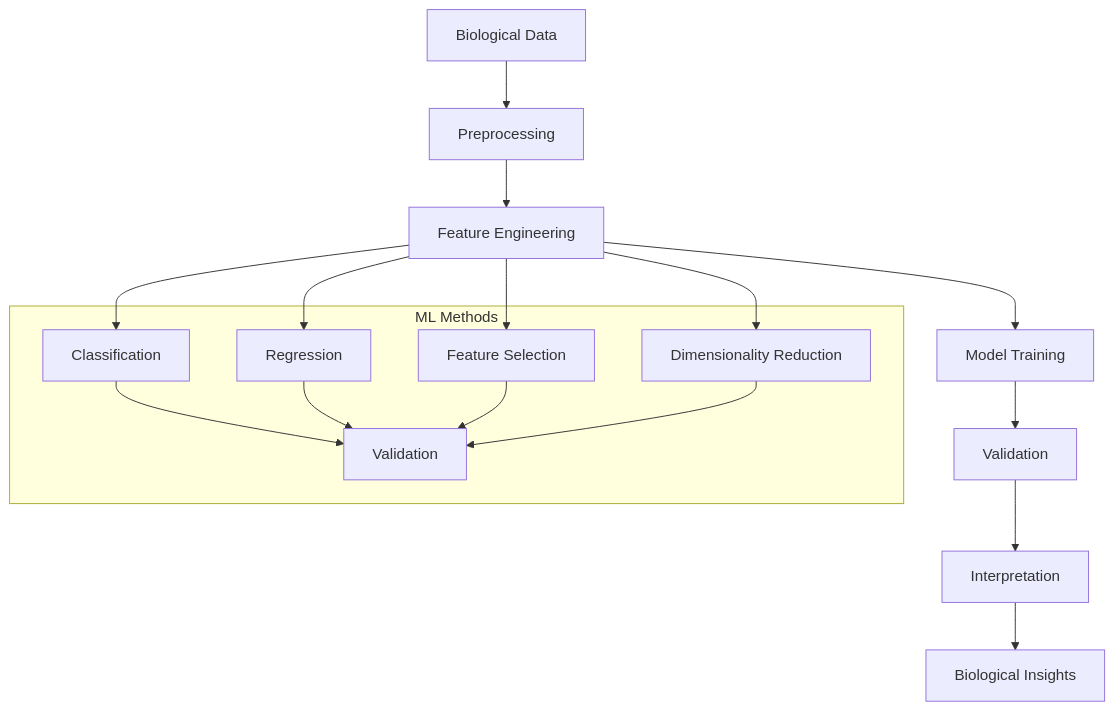
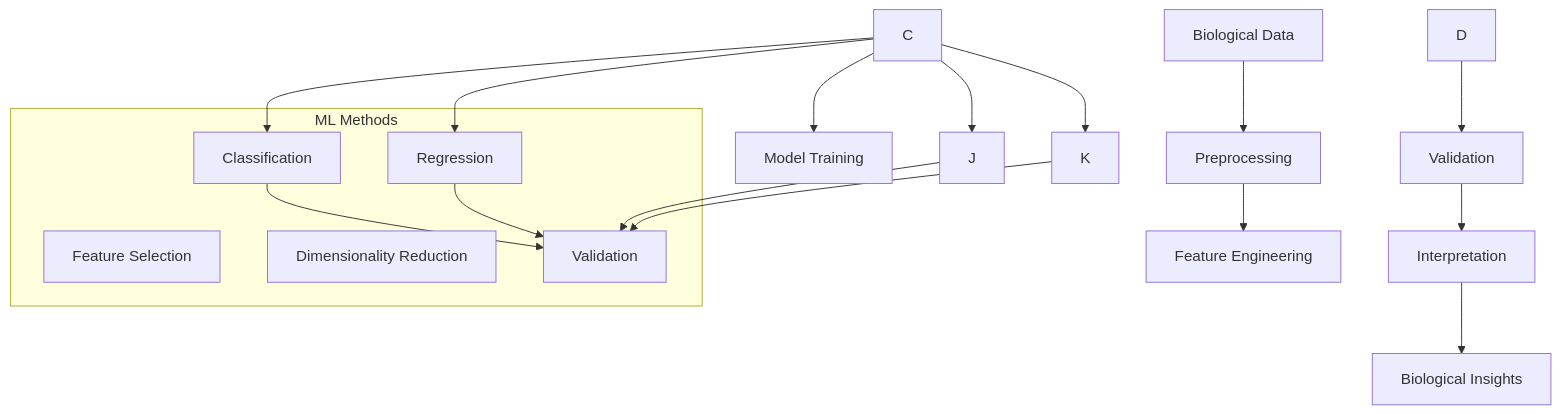
One commit to docxology/MetaInformAnt changed the diagram in docs/ml/index.md. Above: the diagram before and after it, drawn with Mermaid. The commit also changed other lines of this file and 611 other files, not shown here.

````diff
--- a/docs/ml/index.md
+++ b/docs/ml/index.md
@@ -53,26 +53,26 @@
 ```mermaid
 flowchart TD
-    A[Biological Data] --> B[Preprocessing]
-    B --> C[Feature Engineering]
-    C --> D[Model Training]
+    AbiologicalData[Biological Data] --> B[Preprocessing]
+    B --> CfeatureEngineering[Feature Engineering]
+    C --> DmodelTraining[Model Training]
     D --> E[Validation]
     E --> F[Interpretation]
-    F --> G[Biological Insights]
+    F --> GbiologicalInsights[Biological Insights]
 
-    subgraph Methods[ML Methods]
+    subgraph MethodsmlMethods[ML Methods]
         H[Classification]
         I[Regression]
-        J[Feature Selection]
-        K[Dimensionality Reduction]
+        JfeatureSelection[Feature Selection]
+        KdimensionalityReduction[Dimensionality Reduction]
         L[Validation]
     end
 
     C --> H
     C --> I
     C --> J
     C --> K
     H --> L
     I --> L
     J --> L
     K --> L
 ```
````
